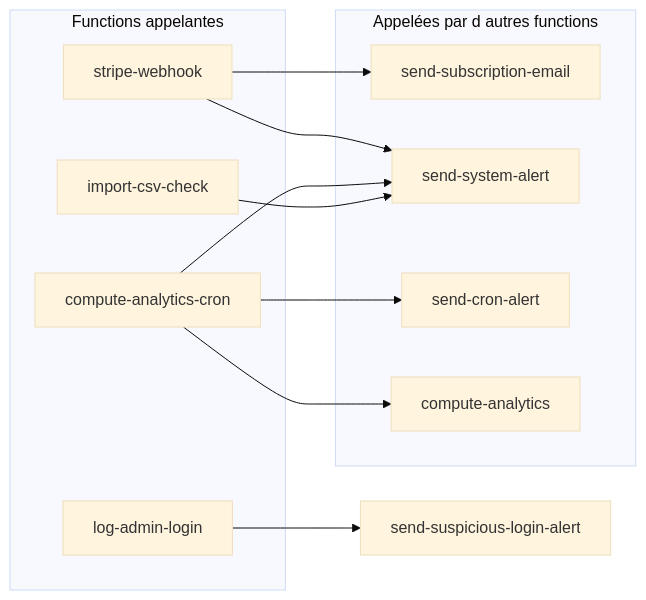
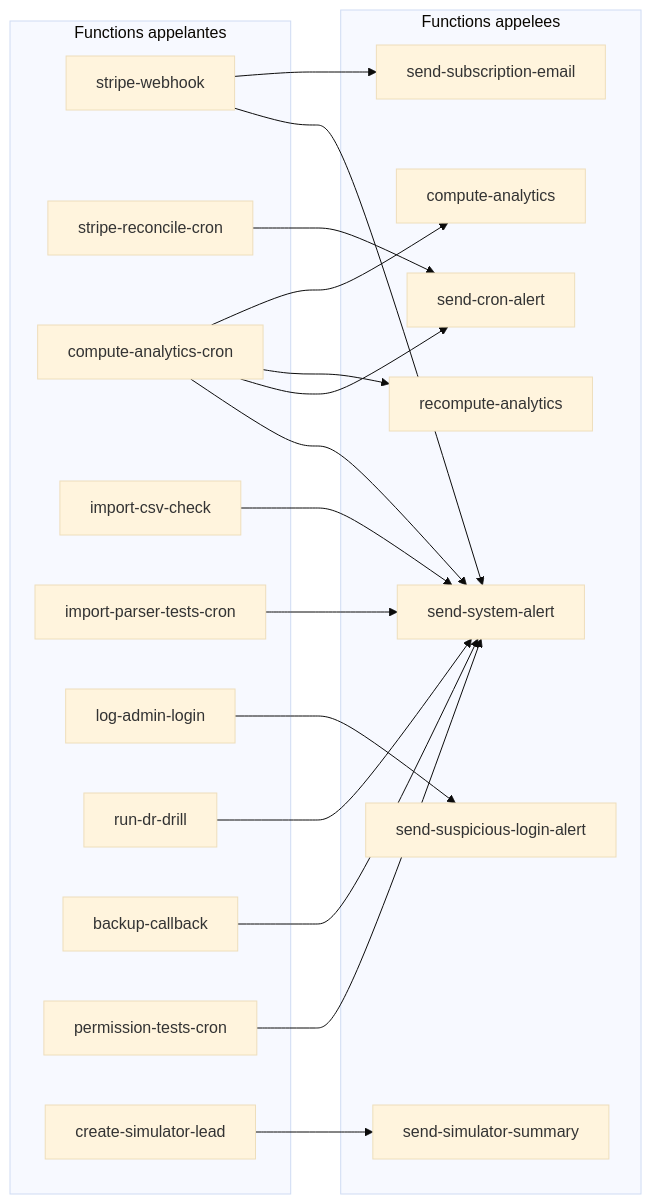
One commit to Lavcom-Performances/lavcom-performances changed the diagram in docs/edge-functions-dependencies.mermaid. Above: the diagram before and after it, drawn with Mermaid. The commit also changed 2 other files, not shown here.

```diff
--- a/docs/edge-functions-dependencies.mermaid
+++ b/docs/edge-functions-dependencies.mermaid
@@ -1,26 +1,45 @@
 %%{init: {'theme': 'base'}}%%
 graph LR
-    subgraph Called["Appelées par d autres functions"]
+    subgraph Called["Functions appelees"]
+        COMPUTE[compute-analytics]
+        RECOMPUTE[recompute-analytics]
         SEND_SUB_EMAIL[send-subscription-email]
-        SEND_SYSTEM_ALERT[send-system-alert]
-        SEND_CRON_ALERT[send-cron-alert]
-        COMPUTE[compute-analytics]
+        SEND_SYS_AL[send-system-alert]
+        SEND_CRON_AL[send-cron-alert]
+        SEND_SUSP[send-suspicious-login-alert]
+        SEND_SIM_SUM[send-simulator-summary]
     end
-    
+
     subgraph Callers["Functions appelantes"]
         STRIPE_WH[stripe-webhook]
+        STRIPE_REC[stripe-reconcile-cron]
         COMPUTE_CRON[compute-analytics-cron]
         IMPORT_CHECK[import-csv-check]
+        IMP_PARSER[import-parser-tests-cron]
         LOG_ADMIN[log-admin-login]
+        DR_RUN[run-dr-drill]
+        BACKUP_CB[backup-callback]
+        PERM_TESTS[permission-tests-cron]
+        SIM_LEAD[create-simulator-lead]
     end
-    
+
     STRIPE_WH --> SEND_SUB_EMAIL
-    STRIPE_WH --> SEND_SYSTEM_ALERT
-    
+    STRIPE_WH --> SEND_SYS_AL
+    STRIPE_REC --> SEND_CRON_AL
+
     COMPUTE_CRON --> COMPUTE
-    COMPUTE_CRON --> SEND_CRON_ALERT
-    COMPUTE_CRON --> SEND_SYSTEM_ALERT
-    
-    IMPORT_CHECK --> SEND_SYSTEM_ALERT
-    
-    LOG_ADMIN --> SEND_SUSPICIOUS[send-suspicious-login-alert]
+    COMPUTE_CRON --> RECOMPUTE
+    COMPUTE_CRON --> SEND_CRON_AL
+    COMPUTE_CRON --> SEND_SYS_AL
+
+    IMPORT_CHECK --> SEND_SYS_AL
+    IMP_PARSER --> SEND_SYS_AL
+
+    LOG_ADMIN --> SEND_SUSP
+
+    DR_RUN --> SEND_SYS_AL
+    BACKUP_CB --> SEND_SYS_AL
+
+    PERM_TESTS --> SEND_SYS_AL
+
+    SIM_LEAD --> SEND_SIM_SUM
```
